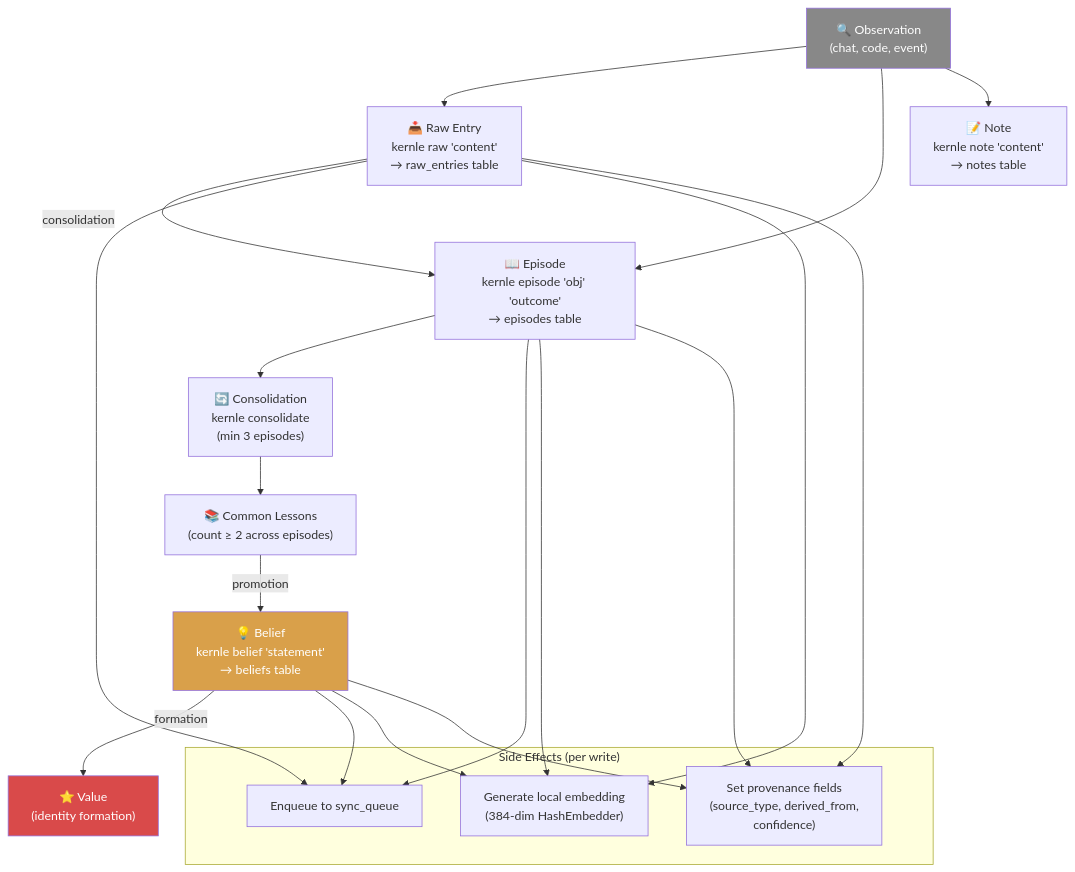
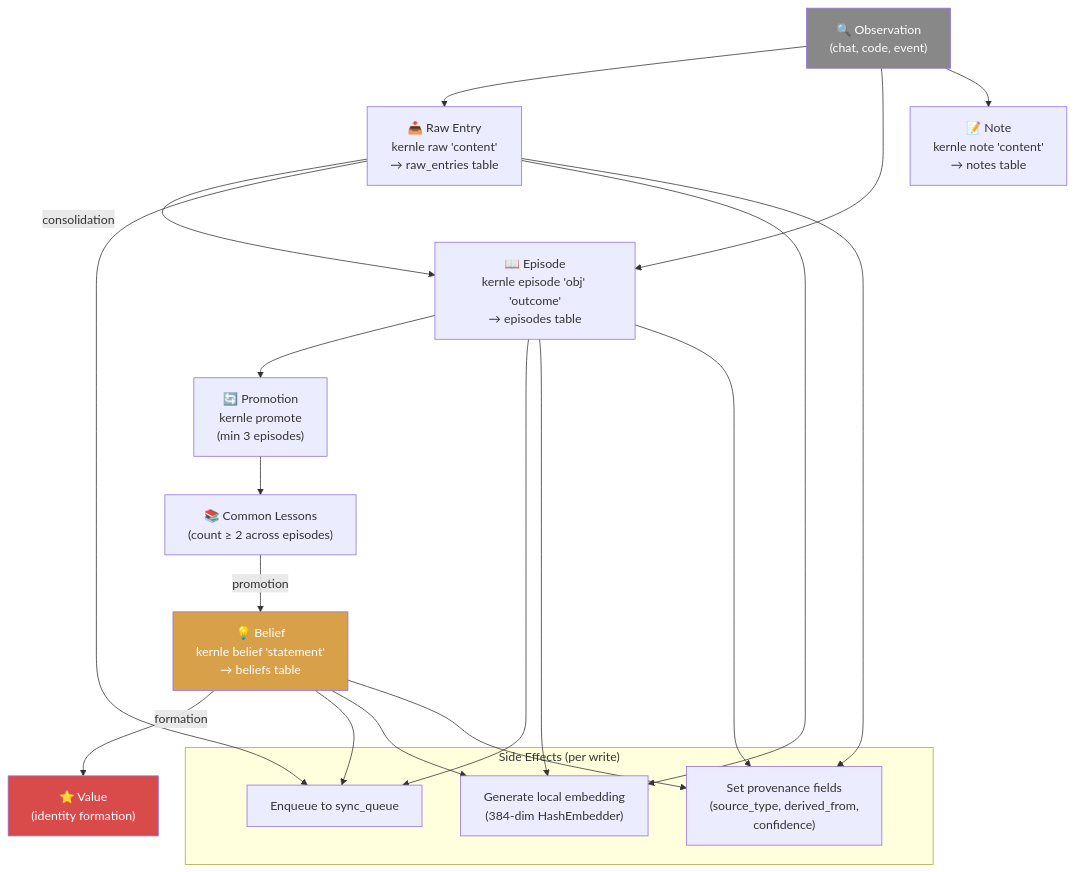
Diagram 20 of 29 in docs/ARCHITECTURE_DIAGRAMS.md (Emergent-Instruments/kernle), drawn with Mermaid before and after one commit. The commit also changed other lines of this file, not shown here.

Commit message:
fix: rename Consolidation → Promotion in diagrams 1.4 and 6.1
Aligns with terminology decision and upcoming CLI rename (issue #81).

````diff
--- a/docs/ARCHITECTURE_DIAGRAMS.md
+++ b/docs/ARCHITECTURE_DIAGRAMS.md
@@ -906,34 +906,34 @@
 ```mermaid
 graph TD
     OBS["🔍 Observation<br/>(chat, code, event)"]
     RAW["📥 Raw Entry<br/>kernle raw 'content'<br/>→ raw_entries table"]
     EP["📖 Episode<br/>kernle episode 'obj' 'outcome'<br/>→ episodes table"]
     NOTE["📝 Note<br/>kernle note 'content'<br/>→ notes table"]
-    CONSOL["🔄 Consolidation<br/>kernle consolidate<br/>(min 3 episodes)"]
+    CONSOL["🔄 Promotion<br/>kernle promote<br/>(min 3 episodes)"]
     LESSON["📚 Common Lessons<br/>(count ≥ 2 across episodes)"]
     BELIEF["💡 Belief<br/>kernle belief 'statement'<br/>→ beliefs table"]
     VALUE["⭐ Value<br/>(identity formation)"]
 
     OBS --> RAW
     OBS --> EP
     OBS --> NOTE
     RAW -->|"consolidation"| EP
     EP --> CONSOL
     CONSOL --> LESSON
     LESSON -->|"promotion"| BELIEF
     BELIEF -->|"formation"| VALUE
 
     subgraph "Side Effects (per write)"
         SYNC_Q["Enqueue to sync_queue"]
         EMBED["Generate local embedding<br/>(384-dim HashEmbedder)"]
         PROV["Set provenance fields<br/>(source_type, derived_from,<br/>confidence)"]
     end
 
     RAW --> SYNC_Q & EMBED & PROV
     EP --> SYNC_Q & EMBED & PROV
     BELIEF --> SYNC_Q & EMBED & PROV
 
     style OBS fill:#888,color:#fff
     style BELIEF fill:#d9a04a,color:#fff
     style VALUE fill:#d94a4a,color:#fff
 ```
````
